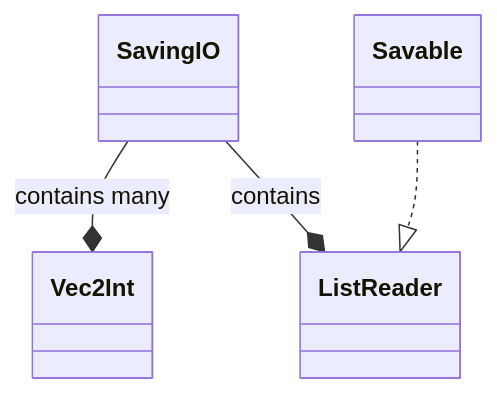
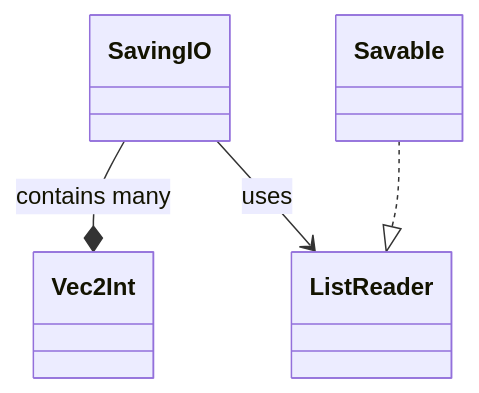
Before and after one commit to Rimaro03/docs-exam-slayer: the first of 10 diagrams in docs/design/class_diagrams.md, drawn with Mermaid. The commit also changed other lines of this file and 2 other files, not shown here.

Commit message:
finished movement sequence diagram

````diff
--- a/docs/design/class_diagrams.md
+++ b/docs/design/class_diagrams.md
@@ -4,7 +4,7 @@
 ```mermaid
 classDiagram
   SavingIO --* Vec2Int: contains many
-  SavingIO --* ListReader: contains
+  SavingIO --> ListReader: uses
 
   Savable ..|> ListReader
 ```
````
